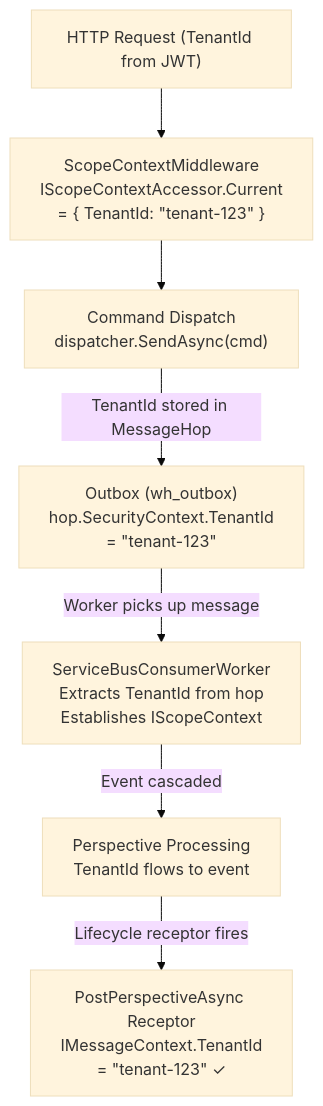
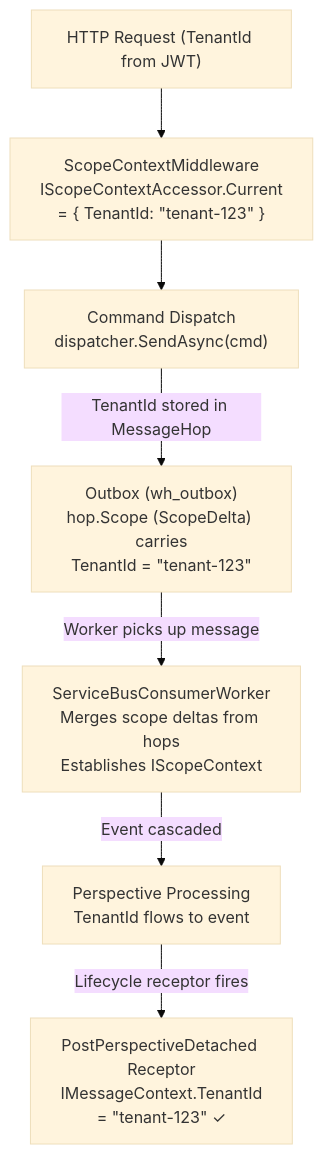
Before and after one commit to whizbang-lib/whizbang-lib.github.io: the diagram in src/assets/docs/v1.0.0/fundamentals/security/implementing-multi-tenancy.md, drawn with Mermaid (base theme). The commit also changed other lines of this file and 14 other files, not shown here.

````diff
--- a/src/assets/docs/v1.0.0/fundamentals/security/implementing-multi-tenancy.md
+++ b/src/assets/docs/v1.0.0/fundamentals/security/implementing-multi-tenancy.md
@@ -353,17 +375,17 @@
 ```mermaid
 flowchart TD
     Request["HTTP Request (TenantId from JWT)"]
     Middleware["ScopeContextMiddleware<br/>IScopeContextAccessor.Current<br/>= { TenantId: #quot;tenant-123#quot; }"]
     Dispatch["Command Dispatch<br/>dispatcher.SendAsync(cmd)"]
-    Outbox["Outbox (wh_outbox)<br/>hop.SecurityContext.TenantId<br/>= #quot;tenant-123#quot;"]
-    Consumer["ServiceBusConsumerWorker<br/>Extracts TenantId from hop<br/>Establishes IScopeContext"]
+    Outbox["Outbox (wh_outbox)<br/>hop.Scope (ScopeDelta) carries<br/>TenantId = #quot;tenant-123#quot;"]
+    Consumer["ServiceBusConsumerWorker<br/>Merges scope deltas from hops<br/>Establishes IScopeContext"]
     Processing["Perspective Processing<br/>TenantId flows to event"]
-    Receptor["PostPerspectiveAsync Receptor<br/>IMessageContext.TenantId<br/>= #quot;tenant-123#quot; ✓"]
+    Receptor["PostPerspectiveDetached Receptor<br/>IMessageContext.TenantId<br/>= #quot;tenant-123#quot; ✓"]
 
     Request --> Middleware
     Middleware --> Dispatch
     Dispatch -->|"TenantId stored in MessageHop"| Outbox
     Outbox -->|"Worker picks up message"| Consumer
     Consumer -->|"Event cascaded"| Processing
     Processing -->|"Lifecycle receptor fires"| Receptor
 ```
````
